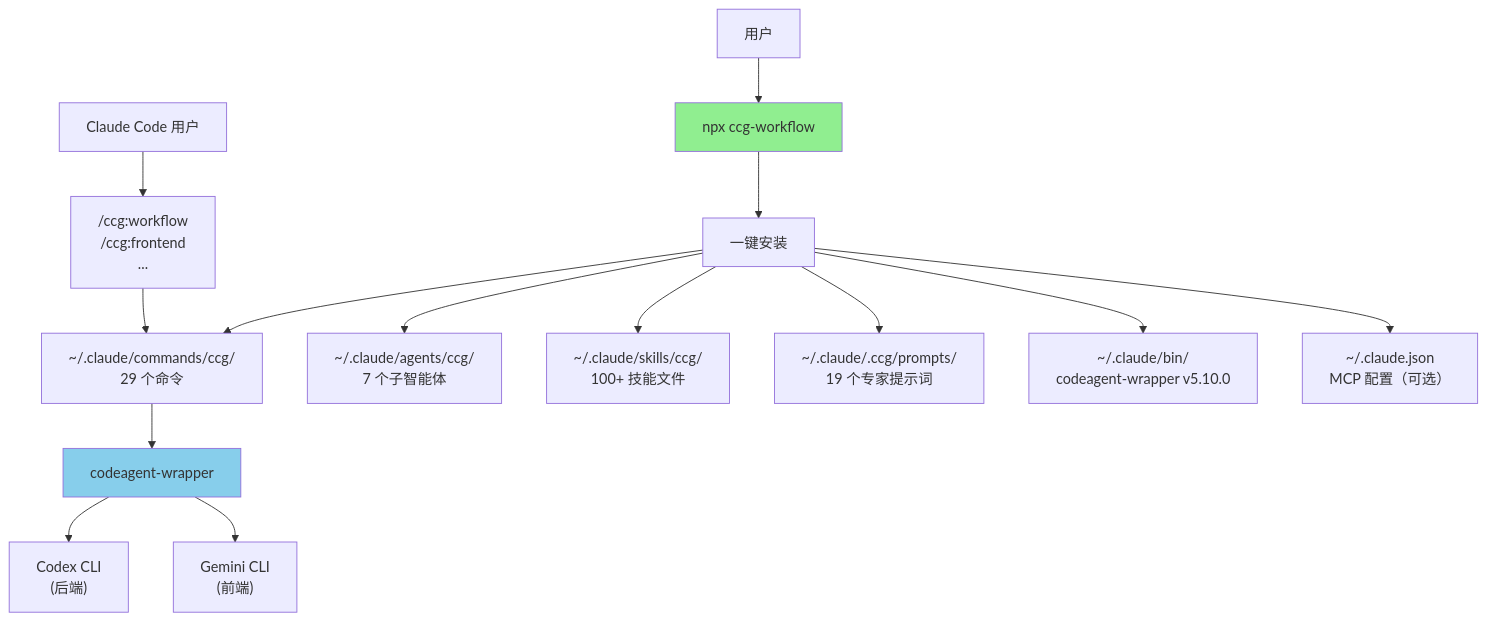
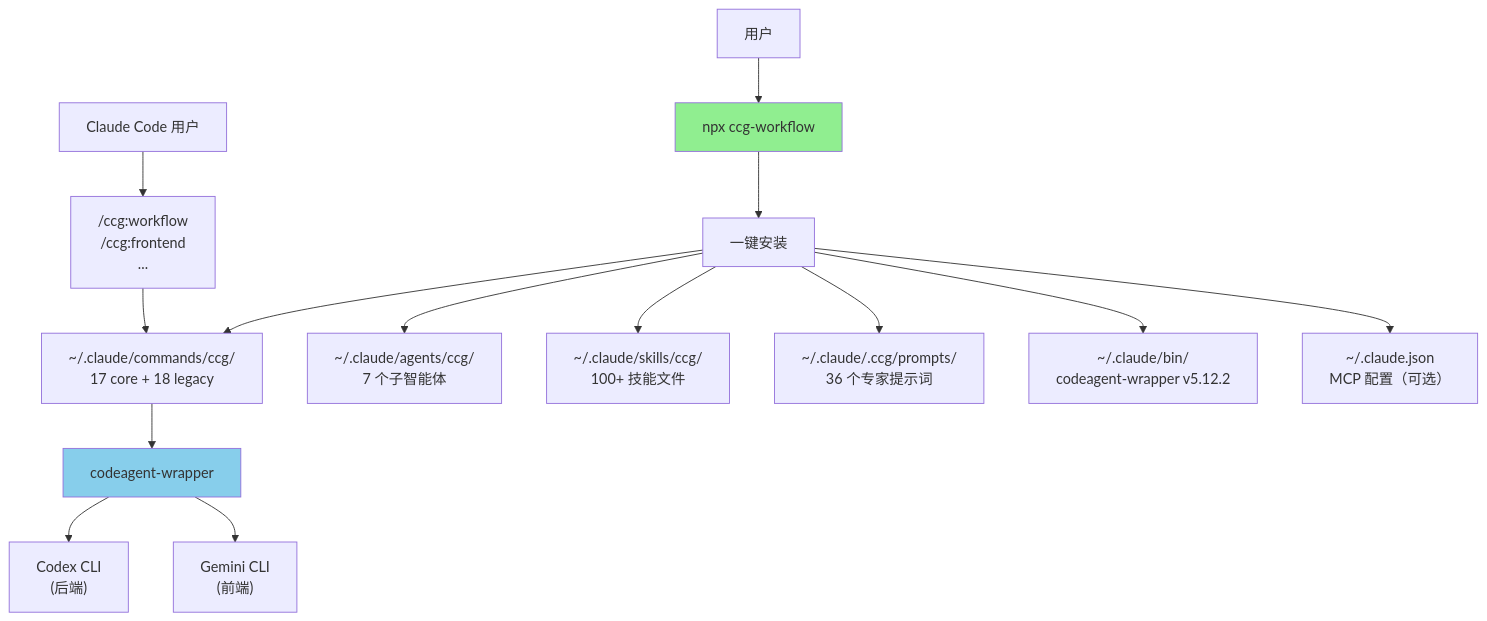
The diagram in CLAUDE.md (jed-zed/ccg-gptpro-worflow), drawn with Mermaid before and after one commit. The commit also changed other lines of this file and 257 other files, not shown here.

````diff
--- a/CLAUDE.md
+++ b/CLAUDE.md
@@ -562,22 +627,22 @@
 ```mermaid
 graph TD
     User["用户"] --> CLI["npx ccg-workflow"]
     CLI --> Init["一键安装"]
 
-    Init --> Commands["~/.claude/commands/ccg/<br/>29 个命令"]
+    Init --> Commands["~/.claude/commands/ccg/<br/>17 core + 18 legacy"]
     Init --> Agents["~/.claude/agents/ccg/<br/>7 个子智能体"]
     Init --> Skills["~/.claude/skills/ccg/<br/>100+ 技能文件"]
-    Init --> Prompts["~/.claude/.ccg/prompts/<br/>19 个专家提示词"]
-    Init --> Binary["~/.claude/bin/<br/>codeagent-wrapper v5.10.0"]
+    Init --> Prompts["~/.claude/.ccg/prompts/<br/>36 个专家提示词"]
+    Init --> Binary["~/.claude/bin/<br/>codeagent-wrapper v5.12.2"]
     Init --> MCP["~/.claude.json<br/>MCP 配置（可选）"]
 
     User2["Claude Code 用户"] --> SlashCmd["/ccg:workflow<br/>/ccg:frontend<br/>..."]
     SlashCmd --> Commands
 
     Commands --> Wrapper["codeagent-wrapper"]
     Wrapper --> Codex["Codex CLI<br/>(后端)"]
     Wrapper --> Gemini["Gemini CLI<br/>(前端)"]
 
     style CLI fill:#90EE90
     style Wrapper fill:#87CEEB
 ```
````
